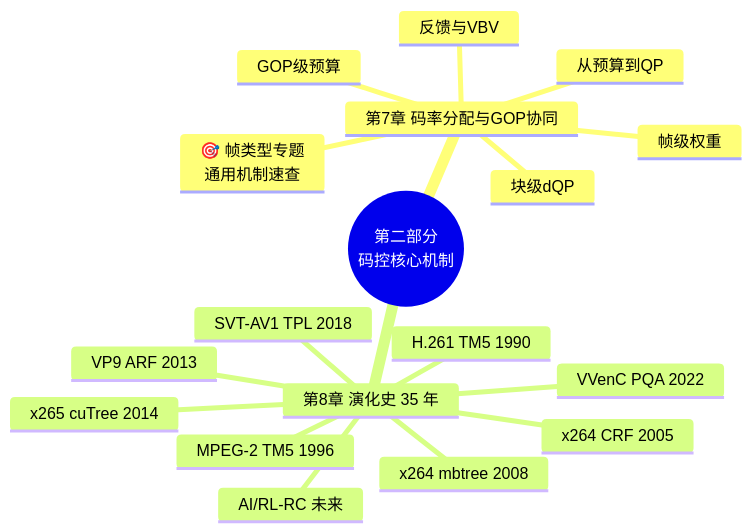
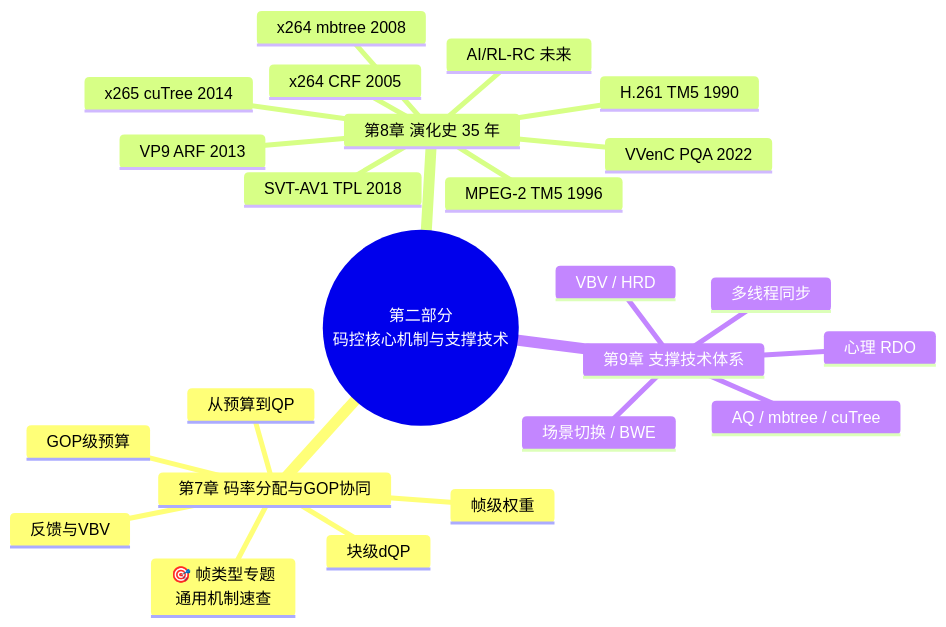
The fourth of 25 diagrams in 视频编码码控深入浅出-九大开源编码器对比与统一模型.md (bertowang/StudyNotes), drawn with Mermaid before and after one commit. The commit also changed other lines of this file, not shown here.

````diff
--- a/视频编码码控深入浅出-九大开源编码器对比与统一模型.md
+++ b/视频编码码控深入浅出-九大开源编码器对比与统一模型.md
@@ -483,21 +544,27 @@
 ```mermaid
 mindmap
-  root((第二部分<br/>码控核心机制))
+  root((第二部分<br/>码控核心机制与支撑技术))
     第7章 码率分配与GOP协同
       从预算到QP
       GOP级预算
       帧级权重
       块级dQP
       反馈与VBV
       🎯 帧类型专题<br/>通用机制速查
     第8章 演化史 35 年
       H.261 TM5 1990
       MPEG-2 TM5 1996
       x264 CRF 2005
       x264 mbtree 2008
       VP9 ARF 2013
       x265 cuTree 2014
       SVT-AV1 TPL 2018
       VVenC PQA 2022
       AI/RL-RC 未来
+    第9章 支撑技术体系
+      VBV / HRD
+      AQ / mbtree / cuTree
+      心理 RDO
+      多线程同步
+      场景切换 / BWE
 ```
````
